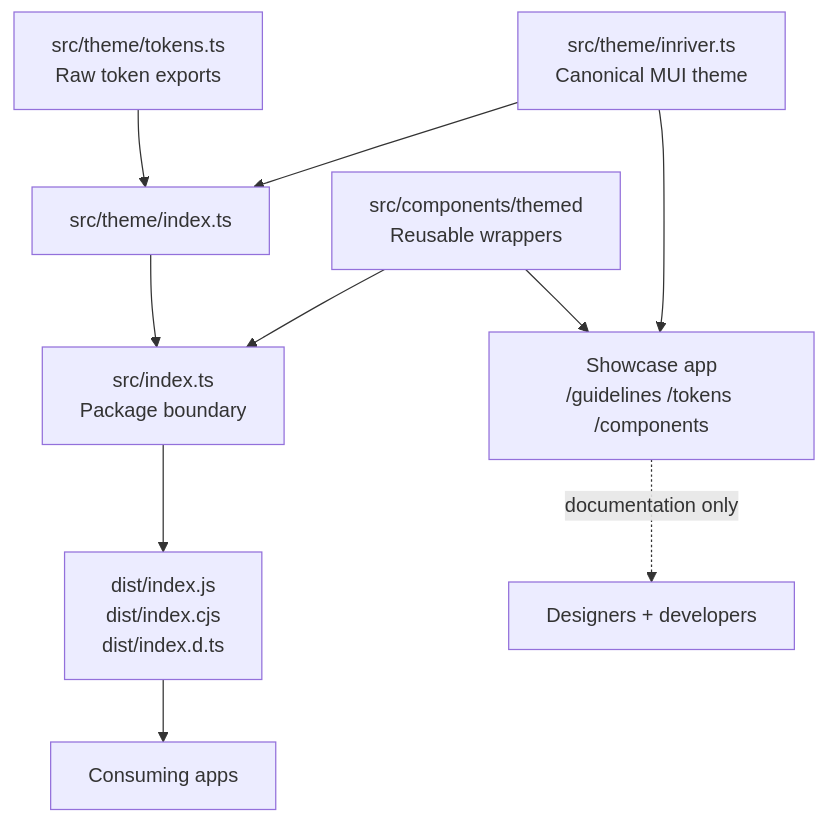
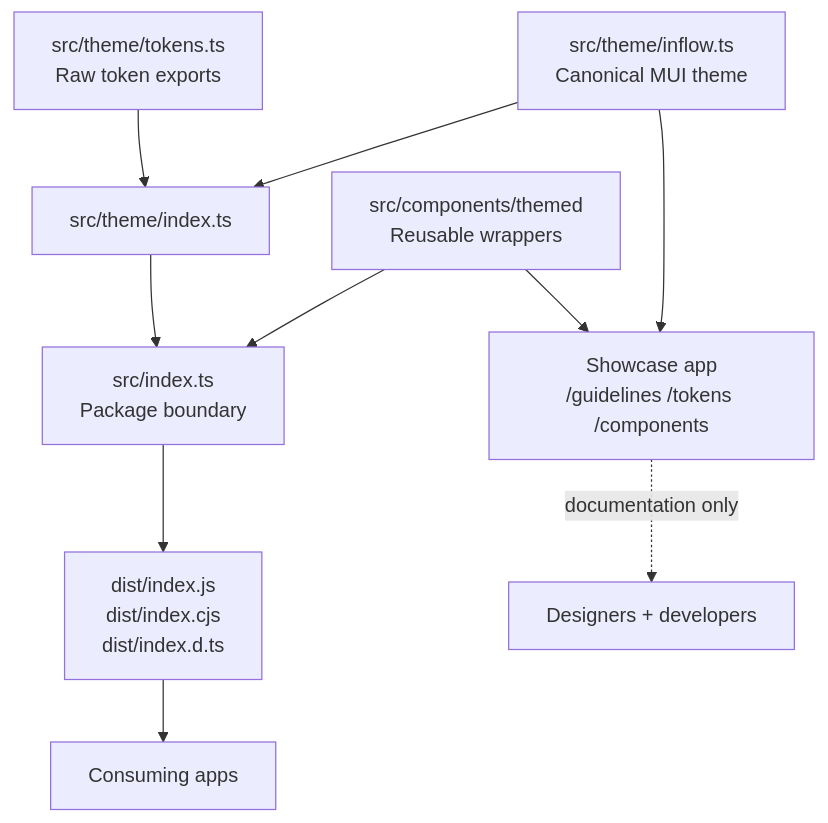
One commit to inRiver/inflow-react changed the second of 2 diagrams in README.md. Above: the diagram before and after it, drawn with Mermaid. The commit also changed other lines of this file and 12 other files, not shown here.

````diff
--- a/README.md
+++ b/README.md
@@ -70,13 +72,13 @@
 ```mermaid
 flowchart TB
-  Source["src/theme/inriver.ts\nCanonical MUI theme"] --> ThemeBarrel["src/theme/index.ts"]
+  Source["src/theme/inflow.ts\nCanonical MUI theme"] --> ThemeBarrel["src/theme/index.ts"]
   Tokens["src/theme/tokens.ts\nRaw token exports"] --> ThemeBarrel
   Wrappers["src/components/themed\nReusable wrappers"] --> PublicEntry["src/index.ts\nPackage boundary"]
   ThemeBarrel --> PublicEntry
   PublicEntry --> Dist["dist/index.js\ndist/index.cjs\ndist/index.d.ts"]
 
   Source --> Showcase["Showcase app\n/guidelines /tokens /components"]
   Wrappers --> Showcase
   Showcase -. "documentation only" .-> Developers["Designers + developers"]
   Dist --> Consumers["Consuming apps"]
 ```
````
